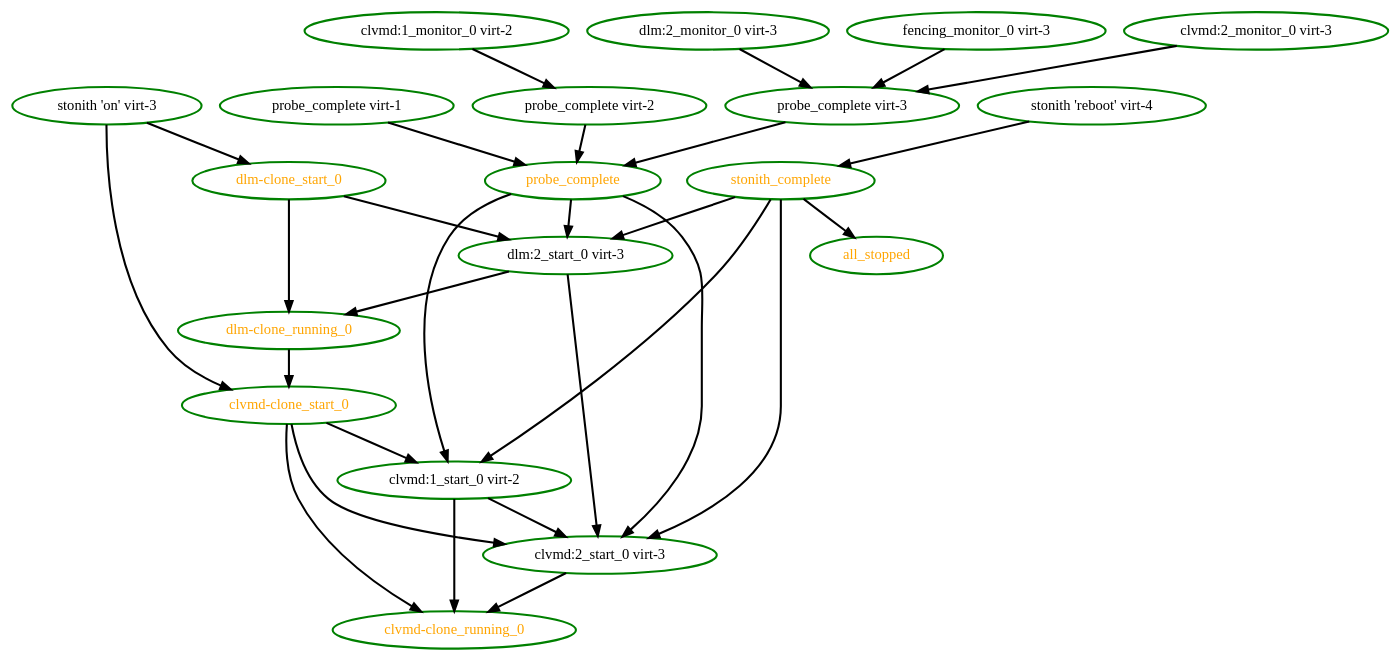
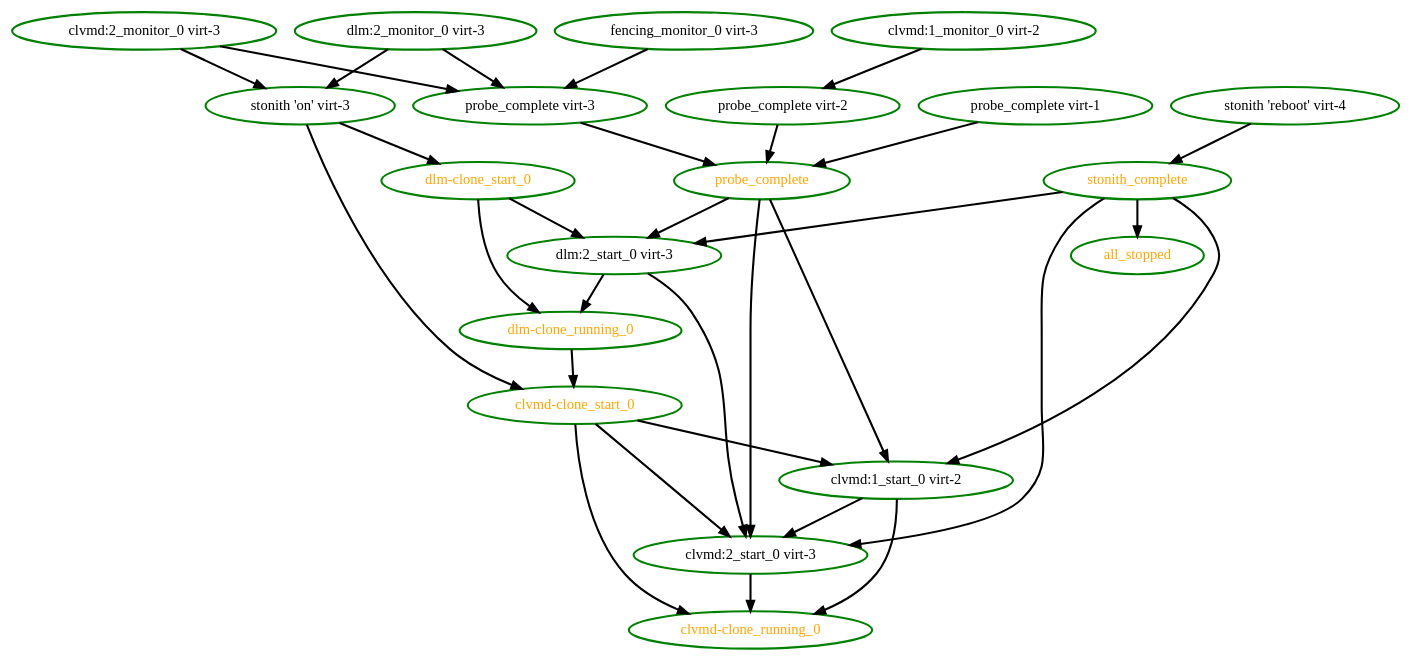
Before and after one commit to ClusterLabs/pacemaker: the diagram in pengine/test10/unfence-startup.dot, drawn with Graphviz. The commit also changed 17 other files, not shown here.

```diff
--- a/pengine/test10/unfence-startup.dot
+++ b/pengine/test10/unfence-startup.dot
@@ -1,49 +1,51 @@
 digraph "g" {
 "all_stopped" [ style=bold color="green" fontcolor="orange"]
 "clvmd-clone_running_0" [ style=bold color="green" fontcolor="orange"]
 "clvmd-clone_start_0" -> "clvmd-clone_running_0" [ style = bold]
 "clvmd-clone_start_0" -> "clvmd:1_start_0 virt-2" [ style = bold]
 "clvmd-clone_start_0" -> "clvmd:2_start_0 virt-3" [ style = bold]
 "clvmd-clone_start_0" [ style=bold color="green" fontcolor="orange"]
 "clvmd:1_monitor_0 virt-2" -> "probe_complete virt-2" [ style = bold]
 "clvmd:1_monitor_0 virt-2" [ style=bold color="green" fontcolor="black"]
 "clvmd:1_start_0 virt-2" -> "clvmd-clone_running_0" [ style = bold]
 "clvmd:1_start_0 virt-2" -> "clvmd:2_start_0 virt-3" [ style = bold]
 "clvmd:1_start_0 virt-2" [ style=bold color="green" fontcolor="black"]
 "clvmd:2_monitor_0 virt-3" -> "probe_complete virt-3" [ style = bold]
+"clvmd:2_monitor_0 virt-3" -> "stonith 'on' virt-3" [ style = bold]
 "clvmd:2_monitor_0 virt-3" [ style=bold color="green" fontcolor="black"]
 "clvmd:2_start_0 virt-3" -> "clvmd-clone_running_0" [ style = bold]
 "clvmd:2_start_0 virt-3" [ style=bold color="green" fontcolor="black"]
 "dlm-clone_running_0" -> "clvmd-clone_start_0" [ style = bold]
 "dlm-clone_running_0" [ style=bold color="green" fontcolor="orange"]
 "dlm-clone_start_0" -> "dlm-clone_running_0" [ style = bold]
 "dlm-clone_start_0" -> "dlm:2_start_0 virt-3" [ style = bold]
 "dlm-clone_start_0" [ style=bold color="green" fontcolor="orange"]
 "dlm:2_monitor_0 virt-3" -> "probe_complete virt-3" [ style = bold]
+"dlm:2_monitor_0 virt-3" -> "stonith 'on' virt-3" [ style = bold]
 "dlm:2_monitor_0 virt-3" [ style=bold color="green" fontcolor="black"]
 "dlm:2_start_0 virt-3" -> "clvmd:2_start_0 virt-3" [ style = bold]
 "dlm:2_start_0 virt-3" -> "dlm-clone_running_0" [ style = bold]
 "dlm:2_start_0 virt-3" [ style=bold color="green" fontcolor="black"]
 "fencing_monitor_0 virt-3" -> "probe_complete virt-3" [ style = bold]
 "fencing_monitor_0 virt-3" [ style=bold color="green" fontcolor="black"]
 "probe_complete virt-1" -> "probe_complete" [ style = bold]
 "probe_complete virt-1" [ style=bold color="green" fontcolor="black"]
 "probe_complete virt-2" -> "probe_complete" [ style = bold]
 "probe_complete virt-2" [ style=bold color="green" fontcolor="black"]
 "probe_complete virt-3" -> "probe_complete" [ style = bold]
 "probe_complete virt-3" [ style=bold color="green" fontcolor="black"]
 "probe_complete" -> "clvmd:1_start_0 virt-2" [ style = bold]
 "probe_complete" -> "clvmd:2_start_0 virt-3" [ style = bold]
 "probe_complete" -> "dlm:2_start_0 virt-3" [ style = bold]
 "probe_complete" [ style=bold color="green" fontcolor="orange"]
 "stonith 'on' virt-3" -> "clvmd-clone_start_0" [ style = bold]
 "stonith 'on' virt-3" -> "dlm-clone_start_0" [ style = bold]
 "stonith 'on' virt-3" [ style=bold color="green" fontcolor="black"]
 "stonith 'reboot' virt-4" -> "stonith_complete" [ style = bold]
 "stonith 'reboot' virt-4" [ style=bold color="green" fontcolor="black"]
 "stonith_complete" -> "all_stopped" [ style = bold]
 "stonith_complete" -> "clvmd:1_start_0 virt-2" [ style = bold]
 "stonith_complete" -> "clvmd:2_start_0 virt-3" [ style = bold]
 "stonith_complete" -> "dlm:2_start_0 virt-3" [ style = bold]
 "stonith_complete" [ style=bold color="green" fontcolor="orange"]
 }
```
